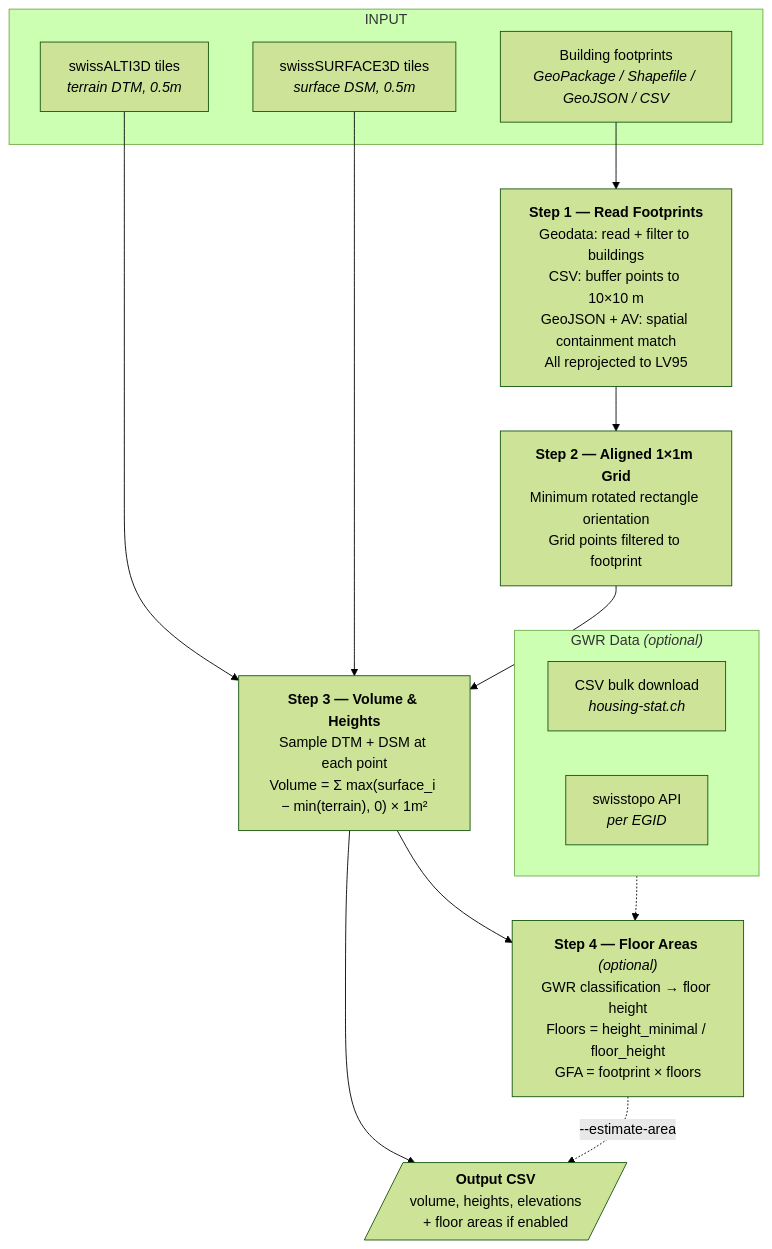
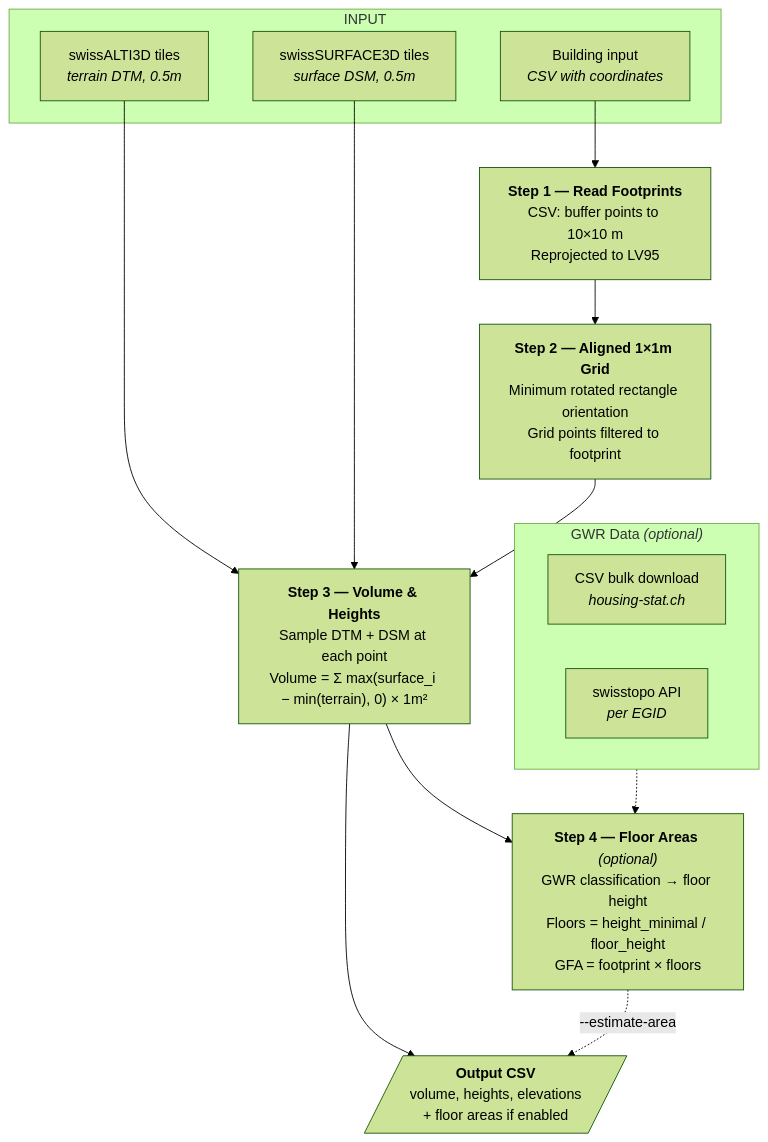
The diagram in README.md (bbl-dres/area-estimator), drawn with Mermaid (forest theme) before and after one commit. The commit also changed other lines of this file and 2 other files, not shown here.

````diff
--- a/README.md
+++ b/README.md
@@ -22,31 +22,31 @@
 ```mermaid
 flowchart TD
     subgraph INPUT
-        A1[Building footprints<br><i>GeoPackage / Shapefile / GeoJSON / CSV</i>]
+        A1[Building input<br><i>CSV with coordinates</i>]
         A2[swissALTI3D tiles<br><i>terrain DTM, 0.5m</i>]
         A3[swissSURFACE3D tiles<br><i>surface DSM, 0.5m</i>]
     end
 
     A1 --> S1
     A2 --> S3
     A3 --> S3
 
-    S1["<b>Step 1 — Read Footprints</b><br>Geodata: read + filter to buildings<br>CSV: buffer points to 10×10 m<br>GeoJSON + AV: spatial containment match<br>All reprojected to LV95"]
+    S1["<b>Step 1 — Read Footprints</b><br>CSV: buffer points to 10×10 m<br>Reprojected to LV95"]
     S2["<b>Step 2 — Aligned 1×1m Grid</b><br>Minimum rotated rectangle orientation<br>Grid points filtered to footprint"]
     S3["<b>Step 3 — Volume & Heights</b><br>Sample DTM + DSM at each point<br>Volume = Σ max(surface_i − min(terrain), 0) × 1m²"]
     S4["<b>Step 4 — Floor Areas</b> <i>(optional)</i><br>GWR classification → floor height<br>Floors = height_minimal / floor_height<br>GFA = footprint × floors"]
 
     S1 --> S2 --> S3 --> S4
 
     S3 --> OUT
     S4 -.->|--estimate-area| OUT
 
     OUT[/"<b>Output CSV</b><br>volume, heights, elevations<br>+ floor areas if enabled"/]
 
     subgraph GWR["GWR Data <i>(optional)</i>"]
         G1[CSV bulk download<br><i>housing-stat.ch</i>]
         G2[swisstopo API<br><i>per EGID</i>]
     end
 
     GWR -.-> S4
 ```
````
